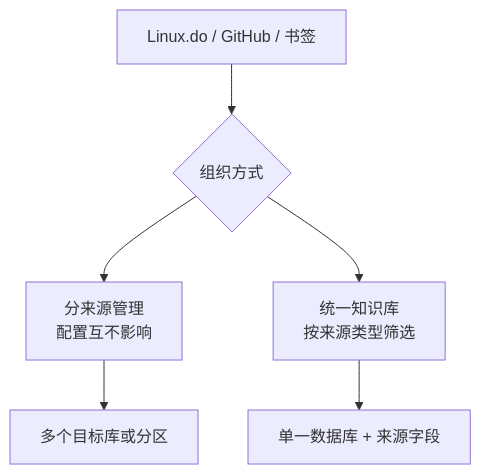
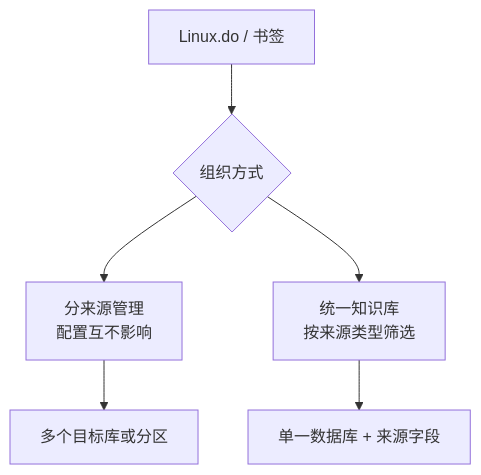
One commit to Smith-106/LD-Notion changed the diagram in docs/features/sources.md. Above: the diagram before and after it, drawn with Mermaid. The commit also changed other lines of this file and 100 other files, not shown here.

First line of the commit message:
feat(release): v3.17.0 — GitHub 收藏源全移除

````diff
--- a/docs/features/sources.md
+++ b/docs/features/sources.md
@@ -39,8 +20,8 @@
 ```mermaid
 flowchart TD
-  Sources[Linux.do / GitHub / 书签] --> Mode{组织方式}
+  Sources[Linux.do / 书签] --> Mode{组织方式}
   Mode --> Separate[分来源管理\n配置互不影响]
   Mode --> Unified[统一知识库\n按来源类型筛选]
   Separate --> NotionA[多个目标库或分区]
   Unified --> NotionB[单一数据库 + 来源字段]
 ```
````
